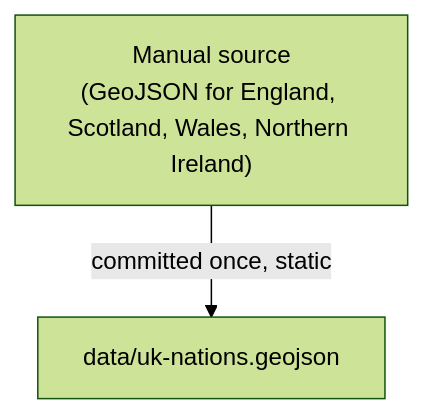
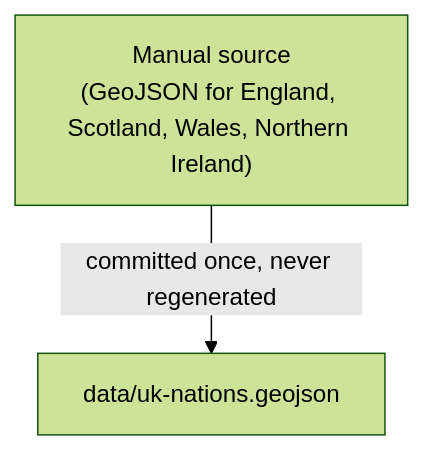
Before and after one commit to born-in-plays-for/mundial-build: the diagram in uk-nations.md, drawn with Mermaid (forest theme). The commit also changed other lines of this file and 3 other files, not shown here.

````diff
--- a/uk-nations.md
+++ b/uk-nations.md
@@ -3,7 +5,7 @@
 ```mermaid
 flowchart TD
     SRC["Manual source\n(GeoJSON for England, Scotland, Wales, Northern Ireland)"]
     OUT["data/uk-nations.geojson"]
 
-    SRC -->|"committed once, static"| OUT
+    SRC -->|"committed once, never regenerated"| OUT
 ```
````
